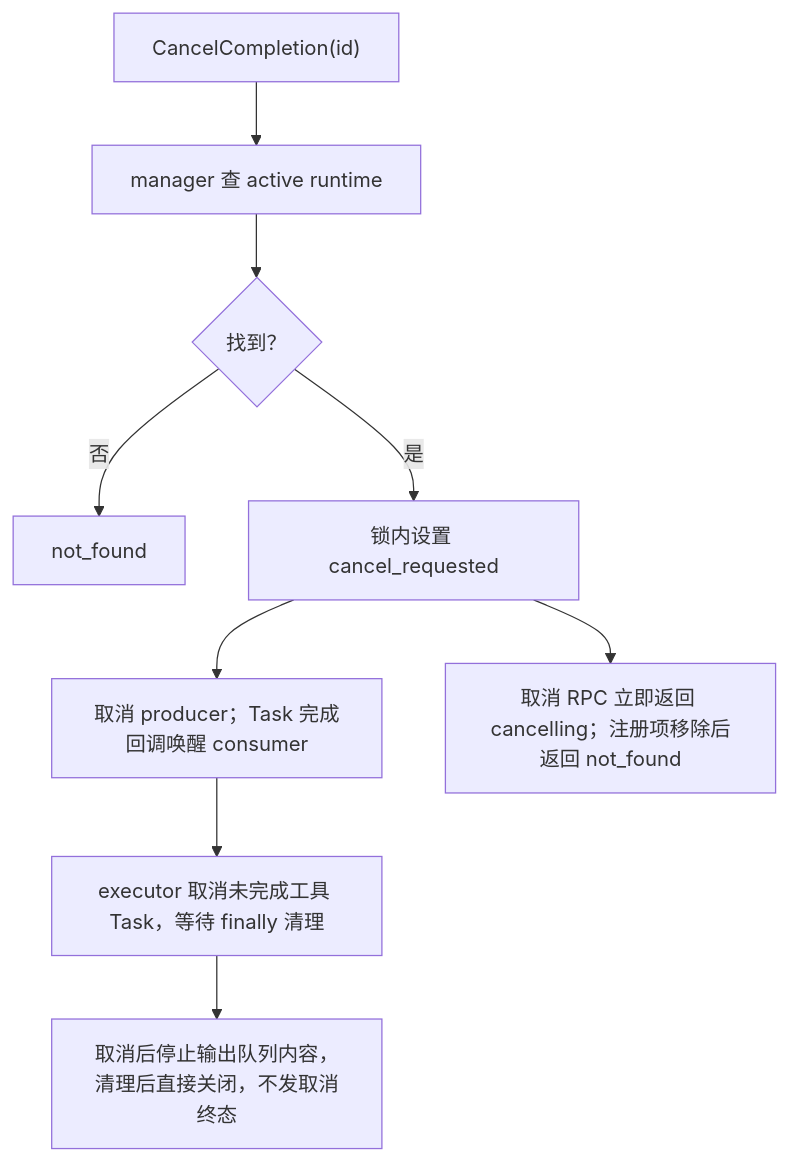
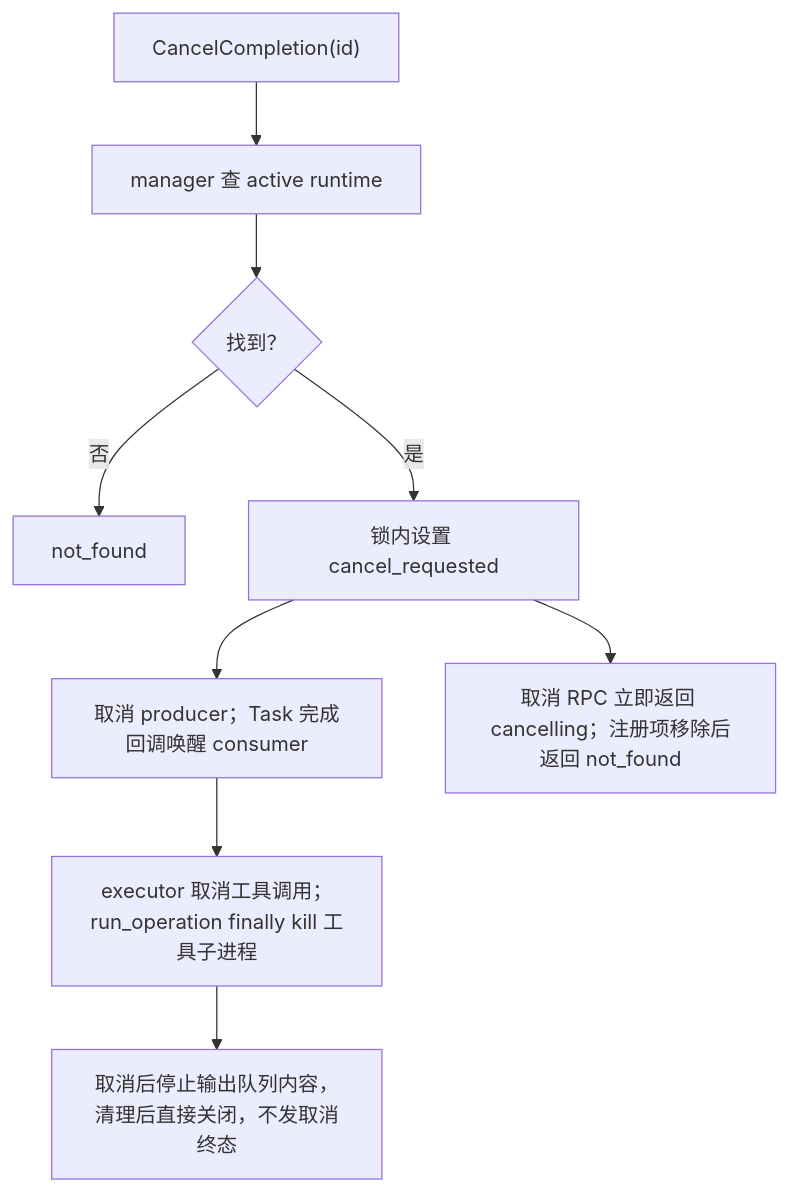
One commit to ADChahaha/TraceAgent changed the second of 3 diagrams in agent/service/file_extraction_agent/docs/flowchart.md. Above: the diagram before and after it, drawn with Mermaid. The commit also changed other lines of this file and 45 other files, not shown here.

````diff
--- a/agent/service/file_extraction_agent/docs/flowchart.md
+++ b/agent/service/file_extraction_agent/docs/flowchart.md
@@ -22,11 +23,11 @@
 ```mermaid
 flowchart TD
     A["CancelCompletion(id)"] --> B["manager 查 active runtime"]
     B --> C{"找到？"}
     C -- 否 --> D["not_found"]
     C -- 是 --> E["锁内设置 cancel_requested"]
     E --> F["取消 producer；Task 完成回调唤醒 consumer"]
     E --> R["取消 RPC 立即返回 cancelling；注册项移除后返回 not_found"]
-    F --> G["executor 取消未完成工具 Task，等待 finally 清理"]
+    F --> G["executor 取消工具调用；run_operation finally kill 工具子进程"]
     G --> I["取消后停止输出队列内容，清理后直接关闭，不发取消终态"]
 ```
````
